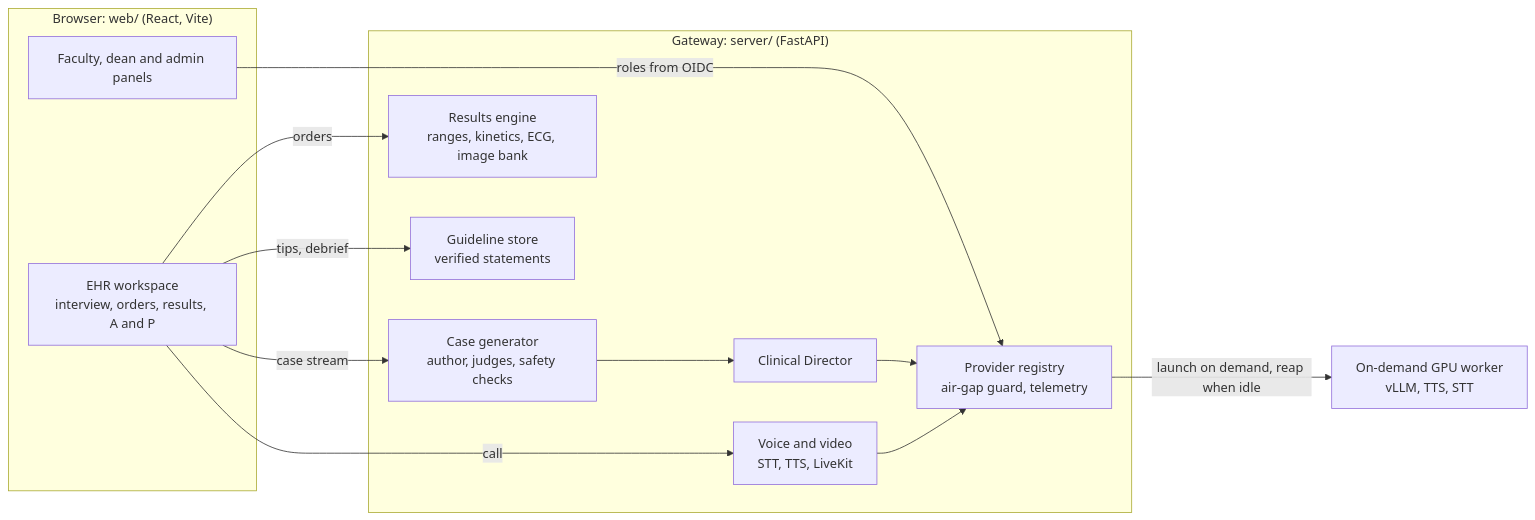
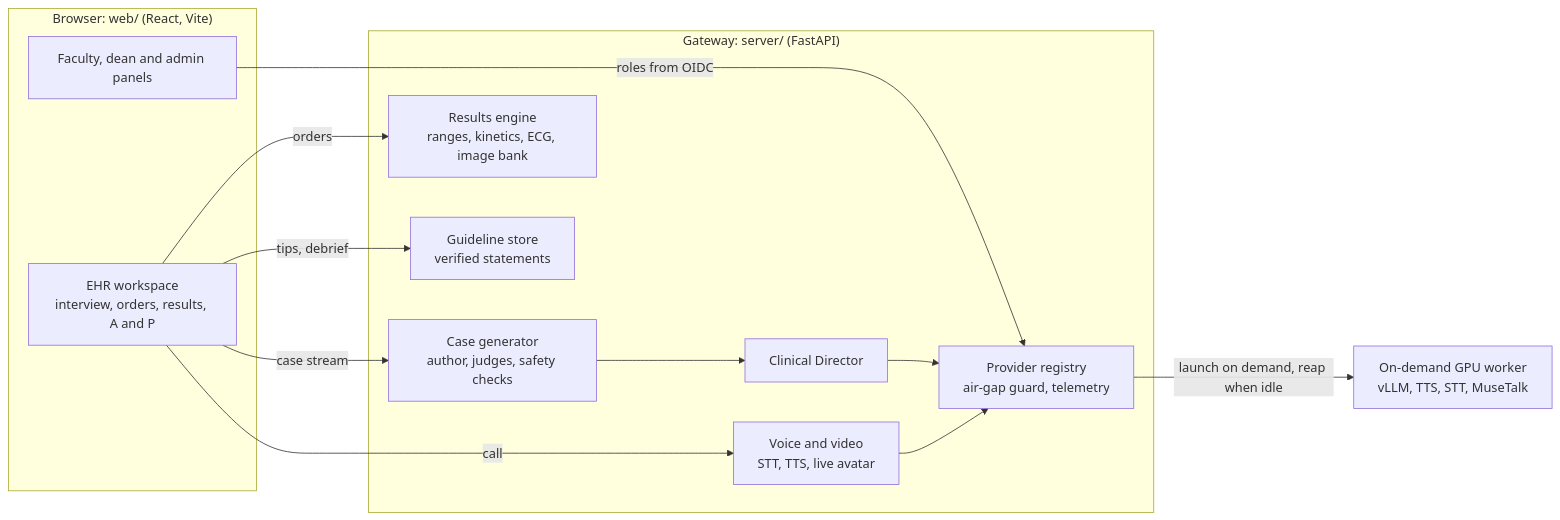
The diagram in README.md (ArioMoniri/acudx-simulation), drawn with Mermaid before and after one commit. The commit also changed other lines of this file and 37 other files, not shown here.

````diff
--- a/README.md
+++ b/README.md
@@ -100,25 +121,25 @@
 ```mermaid
 flowchart LR
   subgraph Browser["Browser: web/ (React, Vite)"]
     EHR["EHR workspace<br/>interview, orders, results, A and P"]
     Panels["Faculty, dean and admin panels"]
   end
   subgraph Gateway["Gateway: server/ (FastAPI)"]
     Gen["Case generator<br/>author, judges, safety checks"]
     Dir["Clinical Director"]
     Res["Results engine<br/>ranges, kinetics, ECG, image bank"]
     GS["Guideline store<br/>verified statements"]
-    Voice["Voice and video<br/>STT, TTS, LiveKit"]
+    Voice["Voice and video<br/>STT, TTS, live avatar"]
     Reg["Provider registry<br/>air-gap guard, telemetry"]
   end
-  GPU["On-demand GPU worker<br/>vLLM, TTS, STT"]
+  GPU["On-demand GPU worker<br/>vLLM, TTS, STT, MuseTalk"]
   EHR -->|case stream| Gen
   Gen --> Dir
   EHR -->|orders| Res
   EHR -->|tips, debrief| GS
   EHR -->|call| Voice
   Panels -->|roles from OIDC| Reg
   Dir --> Reg
   Voice --> Reg
   Reg -->|launch on demand, reap when idle| GPU
 ```
````
